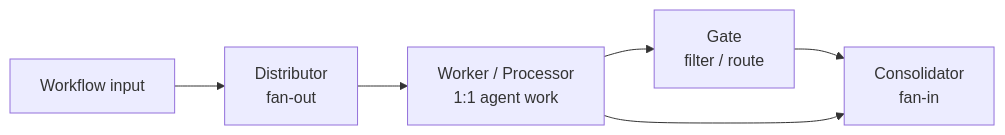
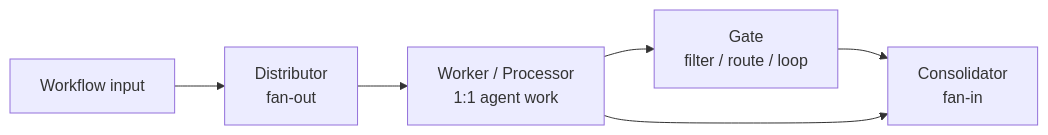
One commit to nilsonsfj/steamtrain changed the third of 10 diagrams in docs/workflow-overview.md. Above: the diagram before and after it, drawn with Mermaid. The commit also changed other lines of this file and 4 other files, not shown here.

````diff
--- a/docs/workflow-overview.md
+++ b/docs/workflow-overview.md
@@ -189,14 +189,14 @@
 ```mermaid
 flowchart LR
   input["Workflow input"]
   dist["Distributor\nfan-out"]
   work["Worker / Processor\n1:1 agent work"]
-  gate["Gate\nfilter / route"]
+  gate["Gate\nfilter / route / loop"]
   cons["Consolidator\nfan-in"]
 
   input --> dist
   dist --> work
   work --> gate
   gate --> cons
   work --> cons
 ```
````
